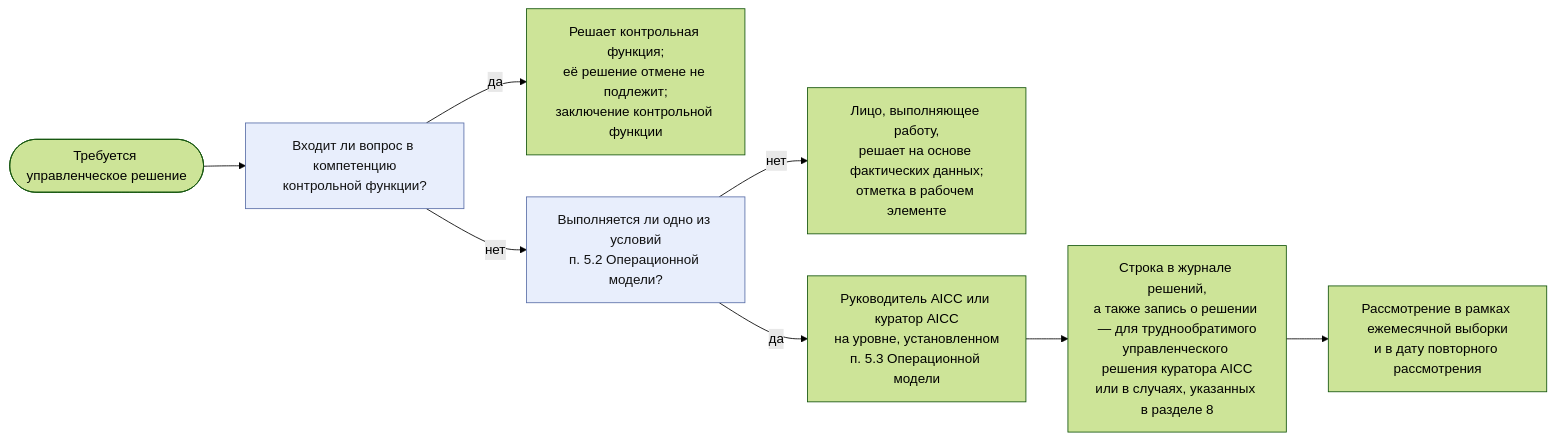
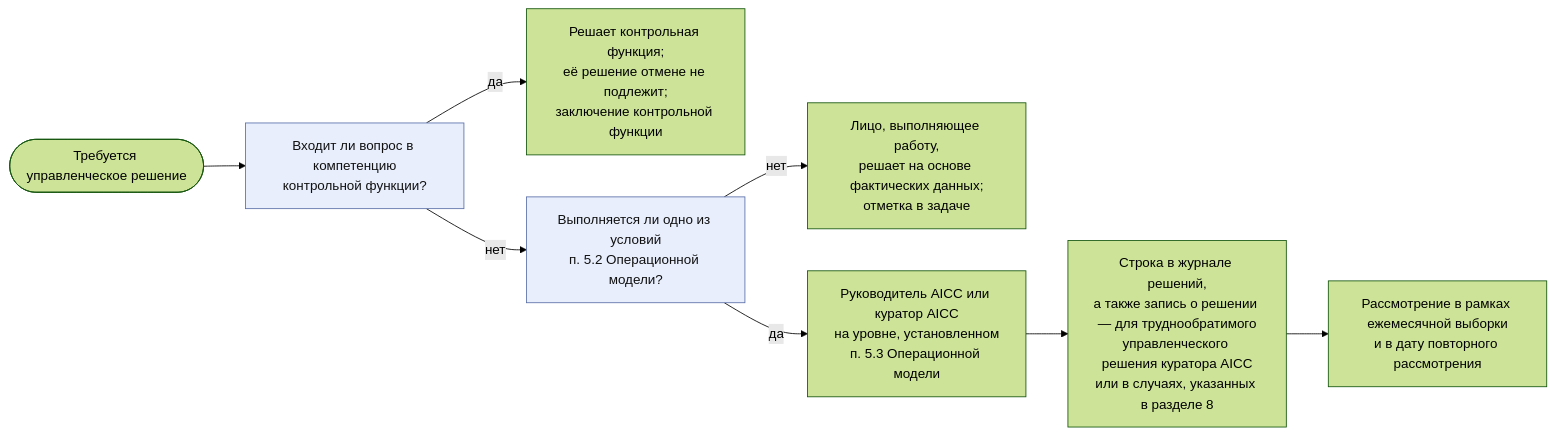
Before and after one commit to devhogu/ob-aicc: the third of 3 diagrams in charter/ru/guides/unit-governance-guide.md, drawn with Mermaid (forest theme). The commit also changed other lines of this file and 150 other files, not shown here.

````diff
--- a/charter/ru/guides/unit-governance-guide.md
+++ b/charter/ru/guides/unit-governance-guide.md
@@ -95,12 +95,12 @@
 ```mermaid
 flowchart LR
   DEC(["Требуется управленческое решение"]) --> Q1["Входит ли вопрос в компетенцию<br/>контрольной функции?"]
   Q1 -->|"да"| CFD["Решает контрольная функция;<br/>её решение отмене не подлежит;<br/>заключение контрольной функции"]
   Q1 -->|"нет"| Q2["Выполняется ли одно из условий<br/>п. 5.2 Операционной модели?"]
-  Q2 -->|"нет"| TMD["Лицо, выполняющее работу,<br/>решает на основе фактических данных;<br/>отметка в рабочем элементе"]
+  Q2 -->|"нет"| TMD["Лицо, выполняющее работу,<br/>решает на основе фактических данных;<br/>отметка в задаче"]
   Q2 -->|"да"| LV["Руководитель AICC или куратор AICC<br/>на уровне, установленном<br/>п. 5.3 Операционной модели"]
   LV --> LOG["Строка в журнале решений,<br/>а также запись о решении — для труднообратимого<br/>управленческого решения куратора AICC<br/>или в случаях, указанных в разделе 8"]
   LOG --> REV["Рассмотрение в рамках ежемесячной выборки<br/>и в дату повторного рассмотрения"]
   classDef gate fill:#e8eefc,stroke:#5a6fa8,color:#111
   class Q1,Q2 gate
 ```
````
